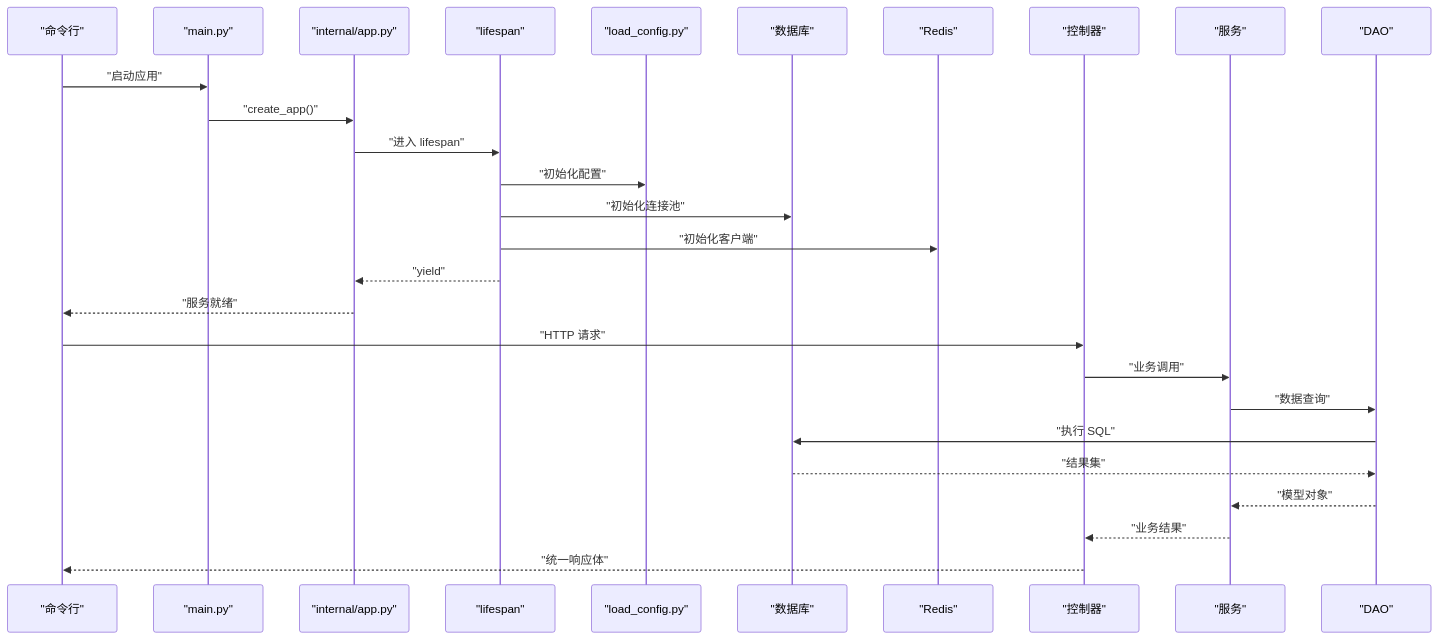
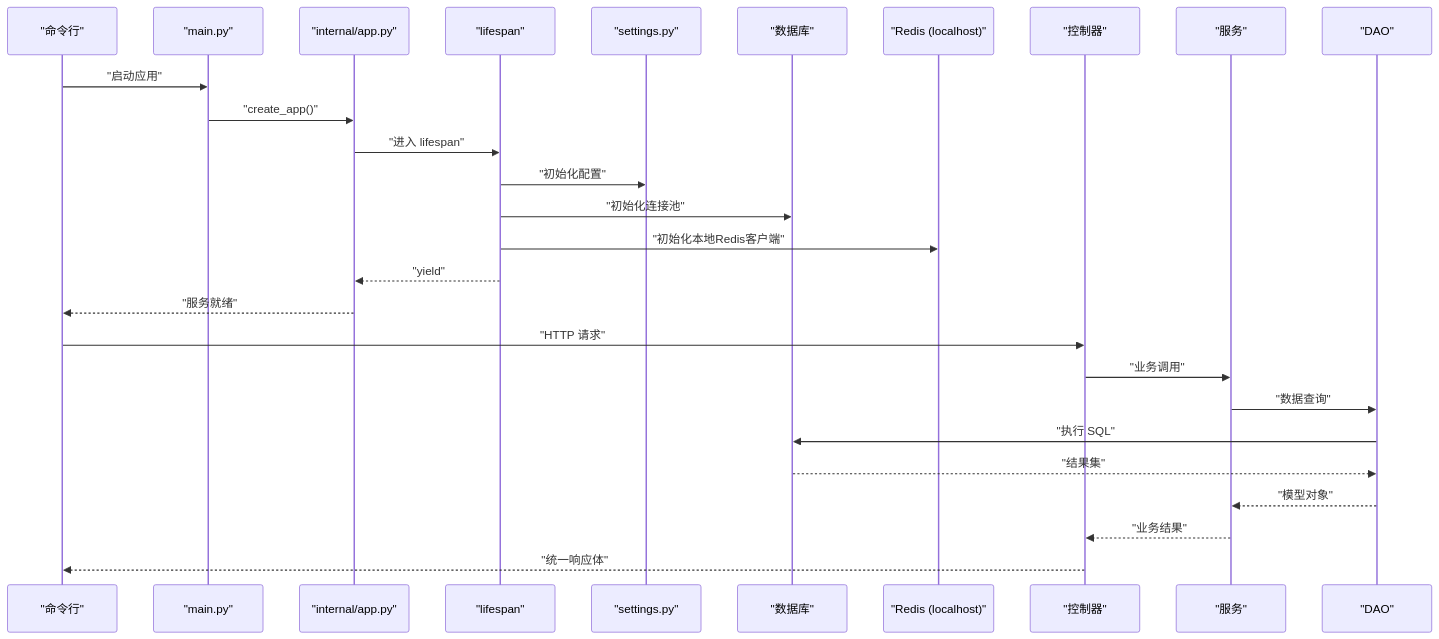
Before and after one commit to lilinzezzzzzz/fastapi-backend: the second of 10 diagrams in .qoder/repowiki/zh/content/开发者指南.md, drawn with Mermaid. The commit also changed other lines of this file and 42 other files, not shown here.

````diff
--- a/.qoder/repowiki/zh/content/开发者指南.md
+++ b/.qoder/repowiki/zh/content/开发者指南.md
@@ -144,29 +163,29 @@
 ```mermaid
 sequenceDiagram
 participant CLI as "命令行"
 participant Main as "main.py"
 participant App as "internal/app.py"
 participant Lifespan as "lifespan"
-participant Cfg as "load_config.py"
+participant Cfg as "settings.py"
 participant DB as "数据库"
-participant Redis as "Redis"
+participant Redis as "Redis (localhost)"
 participant Ctrl as "控制器"
 participant Svc as "服务"
 participant DAO as "DAO"
 CLI->>Main : "启动应用"
 Main->>App : "create_app()"
 App->>Lifespan : "进入 lifespan"
 Lifespan->>Cfg : "初始化配置"
 Lifespan->>DB : "初始化连接池"
-Lifespan->>Redis : "初始化客户端"
+Lifespan->>Redis : "初始化本地Redis客户端"
 Lifespan-->>App : "yield"
 App-->>CLI : "服务就绪"
 CLI->>Ctrl : "HTTP 请求"
 Ctrl->>Svc : "业务调用"
 Svc->>DAO : "数据查询"
 DAO->>DB : "执行 SQL"
 DB-->>DAO : "结果集"
 DAO-->>Svc : "模型对象"
 Svc-->>Ctrl : "业务结果"
 Ctrl-->>CLI : "统一响应体"
 ```
````
